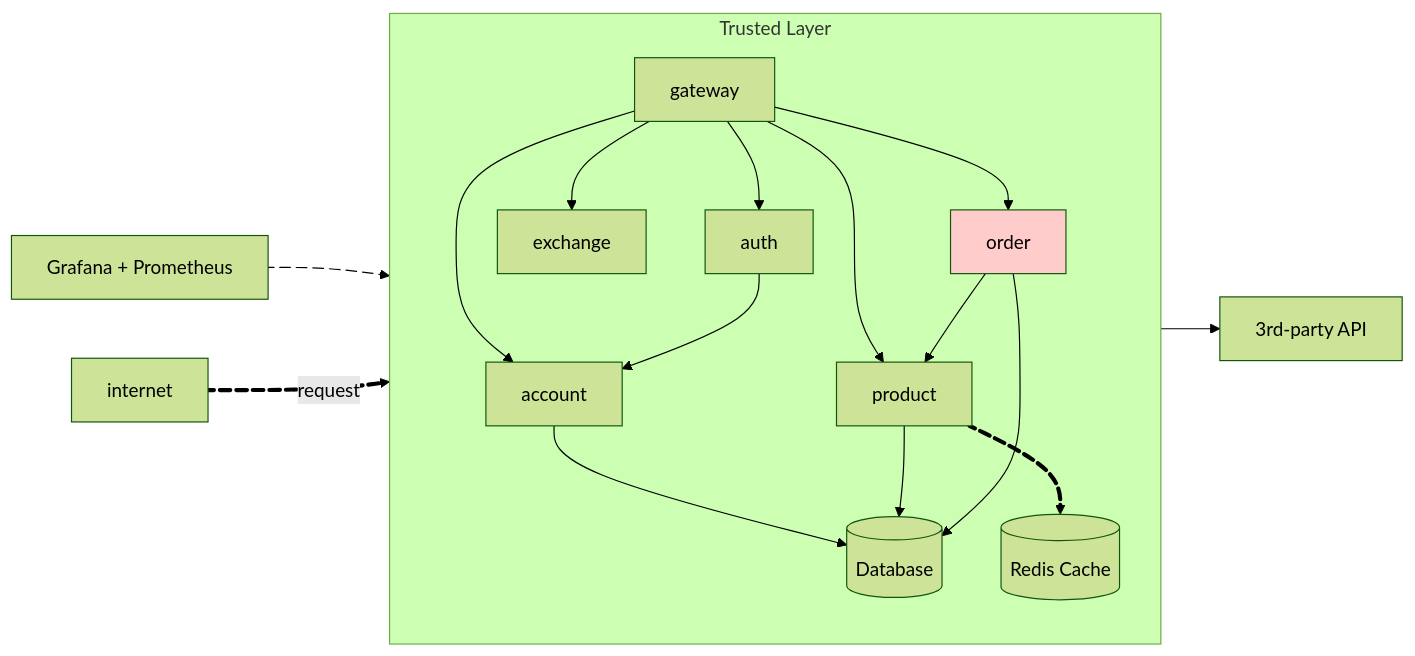
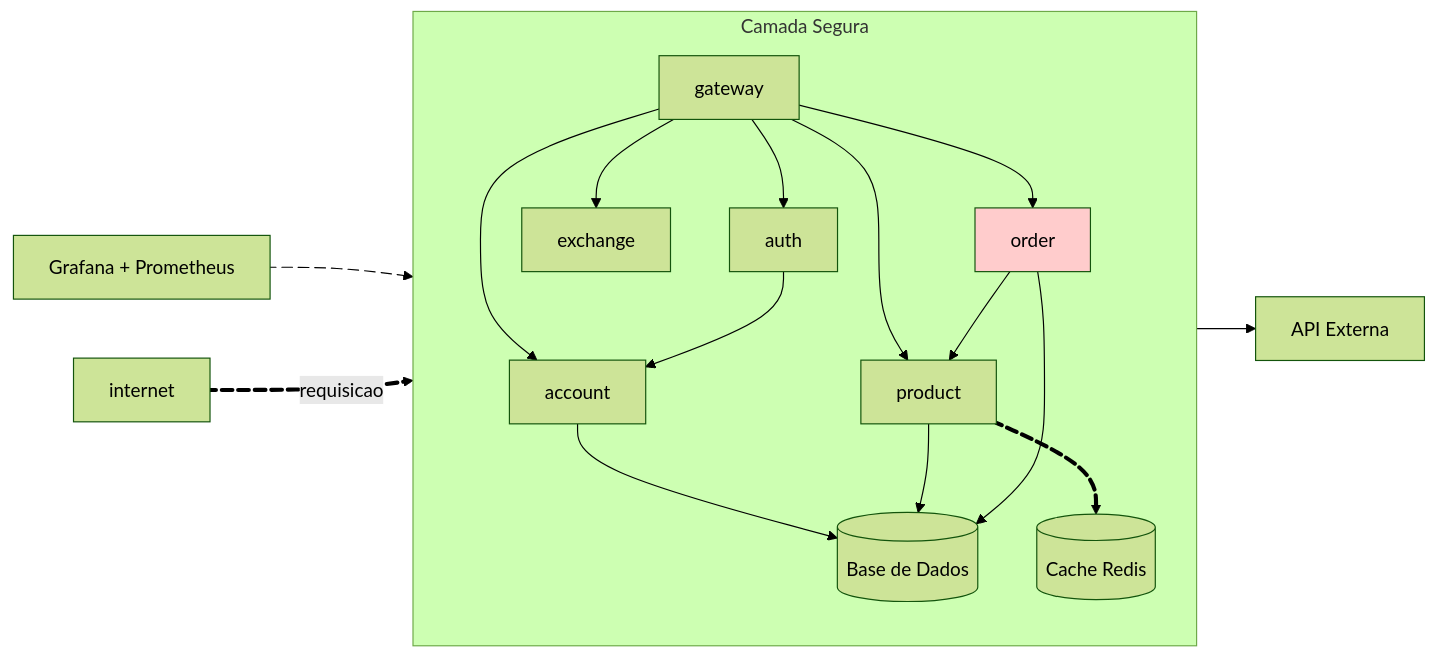
The diagram in docs/index.md (Caiolib/proj-indi), drawn with Mermaid (forest theme) before and after one commit. The commit also changed other lines of this file and 3 other files, not shown here.

````diff
--- a/docs/index.md
+++ b/docs/index.md
@@ -22,35 +23,35 @@
-``` mermaid
+```mermaid
 flowchart LR
-    subgraph api [Trusted Layer]
+    subgraph api [Camada Segura]
         direction TB
         gateway --> account
         gateway --> auth
-        account --> db@{ shape: cyl, label: "Database" }
+        account --> db@{ shape: cyl, label: "Base de Dados" }
         auth --> account
         gateway --> exchange
         gateway --> product
         gateway --> order:::red
         product --> db
         order --> db
         order --> product
-        %% Redis caching for product
-        product e2@==> redis[(Redis Cache)]
+        %% Redis: Cache para product
+        product e2@==> redis[(Cache Redis)]
     end
 
-    %% Monitoring
+    %% Monitoramento
     grafana["Grafana + Prometheus"]
     grafana e3@-.-> gateway
 
-    %% External API and internet
-    exchange --> 3partyapi@{label: "3rd-party API"}
-    internet e1@==>|request| gateway
+    %% Integração externa
+    exchange --> 3partyapi@{label: "API Externa"}
+    internet e1@==>|requisicao| gateway
 
-    %% Animations
+    %% Animações
     e1@{ animate: true }
     e2@{ animate: true }
     e3@{ animate: true }
 
-    %% Styles and links
+    %% Estilo e navegação
     classDef red fill:#fcc
     click order "#order-api" "Order API"
 ```
````
